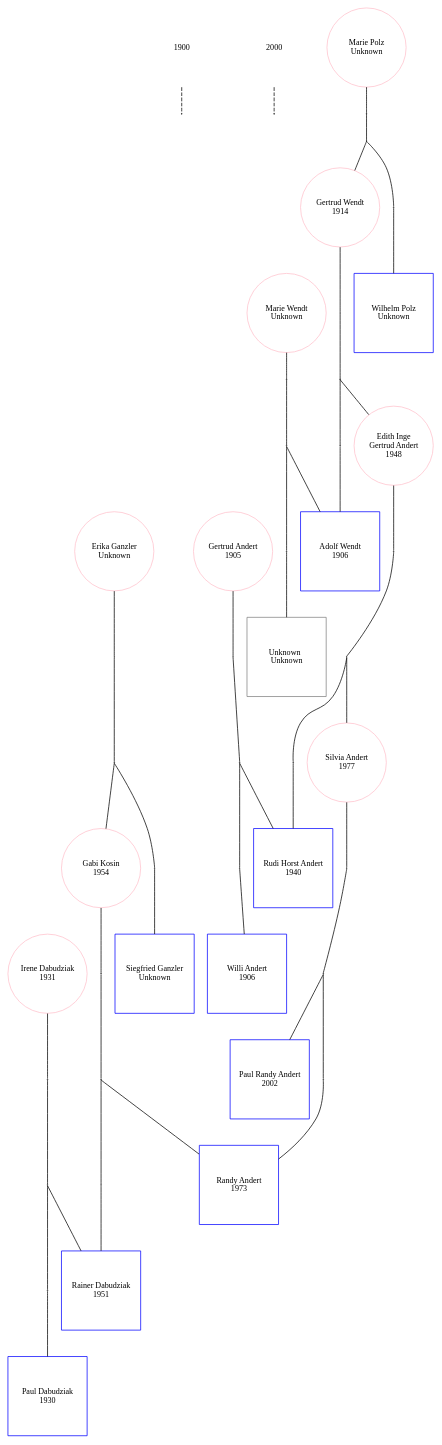
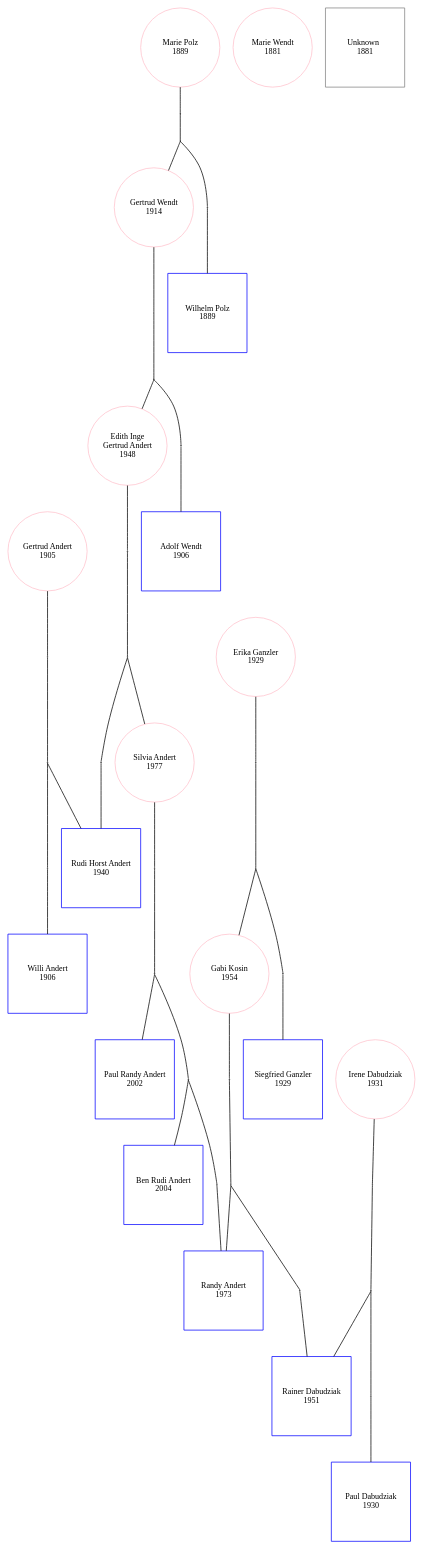
One commit to PaulAndert/Person changed the diagram in person/data.dot. Above: the diagram before and after it, drawn with Graphviz. The commit also changed 6 other files, not shown here.

```diff
--- a/person/data.dot
+++ b/person/data.dot
@@ -1,139 +1,122 @@
 digraph P {
     edge [dir=forward, arrowhead=none];
-    node [fontsize=11, fixedsize=true, height=1.5, width=1.5];
-    y1900 [shape=none, label="1900", pos="-20,-5!"];
-    y2000 [shape=none, label="2000", pos="-20,-15!"];
-    y0 [shape=circle,label="",height=0.01,width=0.01, pos="20,-5!"];
-    y1 [shape=circle,label="",height=0.01,width=0.01, pos="20,-15!"];
-    y1900 -> y0 [style=dashed] ; y2000 -> y1 [style=dashed]
+    node [fontsize=11, fixedsize=true, height=1.5, width=1.5];x18_0y_8_0 [shape=square, color="blue",label="Paul Dabudziak
+1930", pos="18,-8!"];
 
-x0y_15_1520 [shape=square, color="blue",label="Paul Randy Andert
-2002", pos="0,-15.2!"];
+x10_0y_5_59 [shape=square, color="blue",label="Willi Andert
+1906", pos="10,-5.6!"];
 
-x_8y_12_1270 [shape=circle, color="pink",label="Silvia Andert
-1977", pos="-8,-12.7!"];
+x4_0y_3_9 [shape=circle, color="pink",label="Marie Wendt
+1881", pos="4,-3.1!"];
 
-x8y_12_1230 [shape=square, color="blue",label="Randy Andert
-1973", pos="8,-12.3!"];
-x_8y_13_1395 [shape=circle,label="",height=0.01,width=0.01, pos="-8,-13.95!"];
-x0y_13_1395 [shape=circle,label="",height=0.01,width=0.01, pos="0,-13.95!"];
-x8y_13_1395 [shape=circle,label="",height=0.01,width=0.01, pos="8,-13.95!"];
+x13_0y_10_39 [shape=circle, color="pink",label="Gabi Kosin
+1954", pos="13,-10.4!"];
 
-x_8y_12_1270 -> x_8y_13_1395 -> x0y_13_1395 -> x8y_13_1395 -> x8y_12_1230 ; x0y_13_1395 -> x0y_15_1520
-x_8y_12_1270 [shape=circle, color="pink",label="Silvia Andert
-1977", pos="-8,-12.7!"];
+x5_0y_5_59 [shape=square, color="blue",label="Adolf Wendt
+1906", pos="5,-5.6!"];
 
-x_12y_9_980 [shape=circle, color="pink",label="Edith Inge
+x1_0y_6_39 [shape=circle, color="pink",label="Gertrud Wendt
+1914", pos="1,-6.3999996!"];
+
+x8_0y_5_50 [shape=circle, color="pink",label="Gertrud Andert
+1905", pos="8,-5.5!"];
+
+x2_0y_3_89 [shape=square, color="blue",label="Wilhelm Polz
+1889", pos="2,-3.8999999!"];
+
+x9_0y_9_0 [shape=square, color="blue",label="Rudi Horst Andert
+1940", pos="9,-9!"];
+
+x14_0y_7_90 [shape=square, color="blue",label="Siegfried Ganzler
+1929", pos="14,-7.9!"];
+
+x12_0y_7_90 [shape=circle, color="pink",label="Erika Ganzler
+1929", pos="12,-7.9!"];
+
+x3_0y_9_80 [shape=circle, color="pink",label="Edith Inge
 Gertrud Andert 
-1948", pos="-12,-9.8!"];
+1948", pos="3,-9.8!"];
 
-x_4y_9_900 [shape=square, color="blue",label="Rudi Horst Andert
-1940", pos="-4,-9!"];
-x_12y_11_1125 [shape=circle,label="",height=0.01,width=0.01, pos="-12,-11.25!"];
-x_8y_11_1125 [shape=circle,label="",height=0.01,width=0.01, pos="-8,-11.25!"];
-x_4y_11_1125 [shape=circle,label="",height=0.01,width=0.01, pos="-4,-11.25!"];
+x9_0y_15_19 [shape=square, color="blue",label="Paul Randy Andert
+2002", pos="9,-15.2!"];
 
-x_12y_9_980 -> x_12y_11_1125 -> x_8y_11_1125 -> x_4y_11_1125 -> x_4y_9_900 ; x_8y_11_1125 -> x_8y_12_1270
-x_12y_9_980 [shape=circle, color="pink",label="Edith Inge
-Gertrud Andert 
-1948", pos="-12,-9.8!"];
+x12_0y_15_39 [shape=square, color="blue",label="Ben Rudi Andert
+2004", pos="12,-15.4!"];
 
-x_14y_6_639 [shape=circle, color="pink",label="Gertrud Wendt
-1914", pos="-14,-6.3999996!"];
+x17_0y_10_10 [shape=square, color="blue",label="Rainer Dabudziak
+1951", pos="17,-10.1!"];
 
-x_10y_5_560 [shape=square, color="blue",label="Adolf Wendt
-1906", pos="-10,-5.6!"];
-x_14y_8_810 [shape=circle,label="",height=0.01,width=0.01, pos="-14,-8.1!"];
-x_12y_8_810 [shape=circle,label="",height=0.01,width=0.01, pos="-12,-8.1!"];
-x_10y_8_810 [shape=circle,label="",height=0.01,width=0.01, pos="-10,-8.1!"];
+x15_0y_12_30 [shape=square, color="blue",label="Randy Andert
+1973", pos="15,-12.3!"];
 
-x_14y_6_639 -> x_14y_8_810 -> x_12y_8_810 -> x_10y_8_810 -> x_10y_5_560 ; x_12y_8_810 -> x_12y_9_980
-x_14y_6_639 [shape=circle, color="pink",label="Gertrud Wendt
-1914", pos="-14,-6.3999996!"];
+x0_0y_3_89 [shape=circle, color="pink",label="Marie Polz
+1889", pos="0,-3.8999999!"];
 
-x_15y_3_340 [shape=circle, color="pink",label="Marie Polz
-Unknown", pos="-15,-3.4!"];
+x16_0y_8_10 [shape=circle, color="pink",label="Irene Dabudziak
+1931", pos="16,-8.1!"];
 
-x_13y_3_340 [shape=square, color="blue",label="Wilhelm Polz
-Unknown", pos="-13,-3.4!"];
-x_15y_4_489 [shape=circle,label="",height=0.01,width=0.01, pos="-15,-4.8999996!"];
-x_14y_4_489 [shape=circle,label="",height=0.01,width=0.01, pos="-14,-4.8999996!"];
-x_13y_4_489 [shape=circle,label="",height=0.01,width=0.01, pos="-13,-4.8999996!"];
+x6_0y_12_69 [shape=circle, color="pink",label="Silvia Andert
+1977", pos="6,-12.7!"];
 
-x_15y_3_340 -> x_15y_4_489 -> x_14y_4_489 -> x_13y_4_489 -> x_13y_3_340 ; x_14y_4_489 -> x_14y_6_639
+x6_0y_3_9 [shape=square, color="grey",label="Unknown  
+1881", pos="6,-3.1!"];
 
+x0_0y_5_14 [shape=circle,label="",height=0.01,width=0.01, pos="0,-5.1499996!"];
+x2_0y_5_14 [shape=circle,label="",height=0.01,width=0.01, pos="2,-5.1499996!"];
+x1_0y_5_14 [shape=circle,label="",height=0.01,width=0.01, pos="1,-5.1499996!"];
 
-x_10y_5_560 [shape=square, color="blue",label="Adolf Wendt
-1906", pos="-10,-5.6!"];
+x0_0y_3_89 -> x0_0y_5_14 -> x1_0y_5_14 -> x2_0y_5_14 -> x2_0y_3_89
+x1_0y_5_14 -> x1_0y_6_39; 
 
-x_11y_2_260 [shape=circle, color="pink",label="Marie Wendt
-Unknown", pos="-11,-2.6!"];
+x1_0y_8_10 [shape=circle,label="",height=0.01,width=0.01, pos="1,-8.1!"];
+x5_0y_8_10 [shape=circle,label="",height=0.01,width=0.01, pos="5,-8.1!"];
+x3_0y_8_10 [shape=circle,label="",height=0.01,width=0.01, pos="3,-8.1!"];
 
-x_9y_2_260 [shape=square, color="grey",label="Unknown  
-Unknown", pos="-9,-2.6!"];
-x_11y_4_410 [shape=circle,label="",height=0.01,width=0.01, pos="-11,-4.1!"];
-x_10y_4_410 [shape=circle,label="",height=0.01,width=0.01, pos="-10,-4.1!"];
-x_9y_4_410 [shape=circle,label="",height=0.01,width=0.01, pos="-9,-4.1!"];
+x1_0y_6_39 -> x1_0y_8_10 -> x3_0y_8_10 -> x5_0y_8_10 -> x5_0y_5_59
+x3_0y_8_10 -> x3_0y_9_80; 
 
-x_11y_2_260 -> x_11y_4_410 -> x_10y_4_410 -> x_9y_4_410 -> x_9y_2_260 ; x_10y_4_410 -> x_10y_5_560
+x8_0y_7_30 [shape=circle,label="",height=0.01,width=0.01, pos="8,-7.3!"];
+x10_0y_7_30 [shape=circle,label="",height=0.01,width=0.01, pos="10,-7.3!"];
+x9_0y_7_30 [shape=circle,label="",height=0.01,width=0.01, pos="9,-7.3!"];
 
+x8_0y_5_50 -> x8_0y_7_30 -> x9_0y_7_30 -> x10_0y_7_30 -> x10_0y_5_59
+x9_0y_7_30 -> x9_0y_9_0; 
 
-x_4y_9_900 [shape=square, color="blue",label="Rudi Horst Andert
-1940", pos="-4,-9!"];
+x12_0y_9_14 [shape=circle,label="",height=0.01,width=0.01, pos="12,-9.15!"];
+x14_0y_9_14 [shape=circle,label="",height=0.01,width=0.01, pos="14,-9.15!"];
+x13_0y_9_14 [shape=circle,label="",height=0.01,width=0.01, pos="13,-9.15!"];
 
-x_6y_5_550 [shape=circle, color="pink",label="Gertrud Andert
-1905", pos="-6,-5.5!"];
+x12_0y_7_90 -> x12_0y_9_14 -> x13_0y_9_14 -> x14_0y_9_14 -> x14_0y_7_90
+x13_0y_9_14 -> x13_0y_10_39; 
 
-x_2y_5_560 [shape=square, color="blue",label="Willi Andert
-1906", pos="-2,-5.6!"];
-x_6y_7_730 [shape=circle,label="",height=0.01,width=0.01, pos="-6,-7.3!"];
-x_4y_7_730 [shape=circle,label="",height=0.01,width=0.01, pos="-4,-7.3!"];
-x_2y_7_730 [shape=circle,label="",height=0.01,width=0.01, pos="-2,-7.3!"];
+x16_0y_9_10 [shape=circle,label="",height=0.01,width=0.01, pos="16,-9.1!"];
+x18_0y_9_10 [shape=circle,label="",height=0.01,width=0.01, pos="18,-9.1!"];
+x17_0y_9_10 [shape=circle,label="",height=0.01,width=0.01, pos="17,-9.1!"];
 
-x_6y_5_550 -> x_6y_7_730 -> x_4y_7_730 -> x_2y_7_730 -> x_2y_5_560 ; x_4y_7_730 -> x_4y_9_900
+x16_0y_8_10 -> x16_0y_9_10 -> x17_0y_9_10 -> x18_0y_9_10 -> x18_0y_8_0
+x17_0y_9_10 -> x17_0y_10_10; 
 
+x3_0y_11_25 [shape=circle,label="",height=0.01,width=0.01, pos="3,-11.25!"];
+x9_0y_11_25 [shape=circle,label="",height=0.01,width=0.01, pos="9,-11.25!"];
+x6_0y_11_25 [shape=circle,label="",height=0.01,width=0.01, pos="6,-11.25!"];
 
-x8y_12_1230 [shape=square, color="blue",label="Randy Andert
-1973", pos="8,-12.3!"];
+x3_0y_9_80 -> x3_0y_11_25 -> x6_0y_11_25 -> x9_0y_11_25 -> x9_0y_9_0
+x6_0y_11_25 -> x6_0y_12_69; 
 
-x4y_10_1040 [shape=circle, color="pink",label="Gabi Kosin
-1954", pos="4,-10.4!"];
+x13_0y_11_35 [shape=circle,label="",height=0.01,width=0.01, pos="13,-11.35!"];
+x17_0y_11_35 [shape=circle,label="",height=0.01,width=0.01, pos="17,-11.35!"];
+x15_0y_11_35 [shape=circle,label="",height=0.01,width=0.01, pos="15,-11.35!"];
 
-x12y_10_1010 [shape=square, color="blue",label="Rainer Dabudziak
-1951", pos="12,-10.1!"];
-x4y_11_1135 [shape=circle,label="",height=0.01,width=0.01, pos="4,-11.35!"];
-x8y_11_1135 [shape=circle,label="",height=0.01,width=0.01, pos="8,-11.35!"];
-x12y_11_1135 [shape=circle,label="",height=0.01,width=0.01, pos="12,-11.35!"];
+x13_0y_10_39 -> x13_0y_11_35 -> x15_0y_11_35 -> x17_0y_11_35 -> x17_0y_10_10
+x15_0y_11_35 -> x15_0y_12_30; 
 
-x4y_10_1040 -> x4y_11_1135 -> x8y_11_1135 -> x12y_11_1135 -> x12y_10_1010 ; x8y_11_1135 -> x8y_12_1230
-x4y_10_1040 [shape=circle, color="pink",label="Gabi Kosin
-1954", pos="4,-10.4!"];
+x6_0y_14_4 [shape=circle,label="",height=0.01,width=0.01, pos="6,-14.049999!"];
+x15_0y_14_4 [shape=circle,label="",height=0.01,width=0.01, pos="15,-14.049999!"];
+x9_0y_14_4 [shape=circle,label="",height=0.01,width=0.01, pos="9,-14.049999!"];
+x12_0y_14_4 [shape=circle,label="",height=0.01,width=0.01, pos="12,-14.049999!"];
 
-x2y_7_740 [shape=circle, color="pink",label="Erika Ganzler
-Unknown", pos="2,-7.4!"];
-
-x6y_7_740 [shape=square, color="blue",label="Siegfried Ganzler
-Unknown", pos="6,-7.4!"];
-x2y_8_889 [shape=circle,label="",height=0.01,width=0.01, pos="2,-8.9!"];
-x4y_8_889 [shape=circle,label="",height=0.01,width=0.01, pos="4,-8.9!"];
-x6y_8_889 [shape=circle,label="",height=0.01,width=0.01, pos="6,-8.9!"];
-
-x2y_7_740 -> x2y_8_889 -> x4y_8_889 -> x6y_8_889 -> x6y_7_740 ; x4y_8_889 -> x4y_10_1040
-
-
-x12y_10_1010 [shape=square, color="blue",label="Rainer Dabudziak
-1951", pos="12,-10.1!"];
-
-x10y_8_810 [shape=circle, color="pink",label="Irene Dabudziak
-1931", pos="10,-8.1!"];
-
-x14y_8_800 [shape=square, color="blue",label="Paul Dabudziak
-1930", pos="14,-8!"];
-x10y_9_910 [shape=circle,label="",height=0.01,width=0.01, pos="10,-9.1!"];
-x12y_9_910 [shape=circle,label="",height=0.01,width=0.01, pos="12,-9.1!"];
-x14y_9_910 [shape=circle,label="",height=0.01,width=0.01, pos="14,-9.1!"];
-
-x10y_8_810 -> x10y_9_910 -> x12y_9_910 -> x14y_9_910 -> x14y_8_800 ; x12y_9_910 -> x12y_10_1010
+x6_0y_12_69 -> x6_0y_14_4 -> x9_0y_14_4 -> x12_0y_14_4 -> x15_0y_14_4 -> x15_0y_12_30
+x9_0y_14_4 -> x9_0y_15_19; x12_0y_14_4 -> x12_0y_15_39; 
 
 
 }
```
